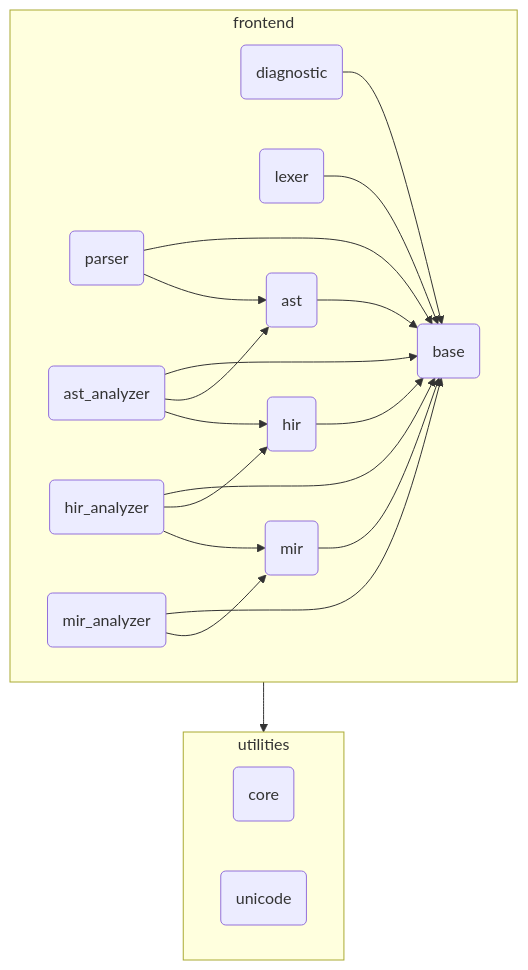
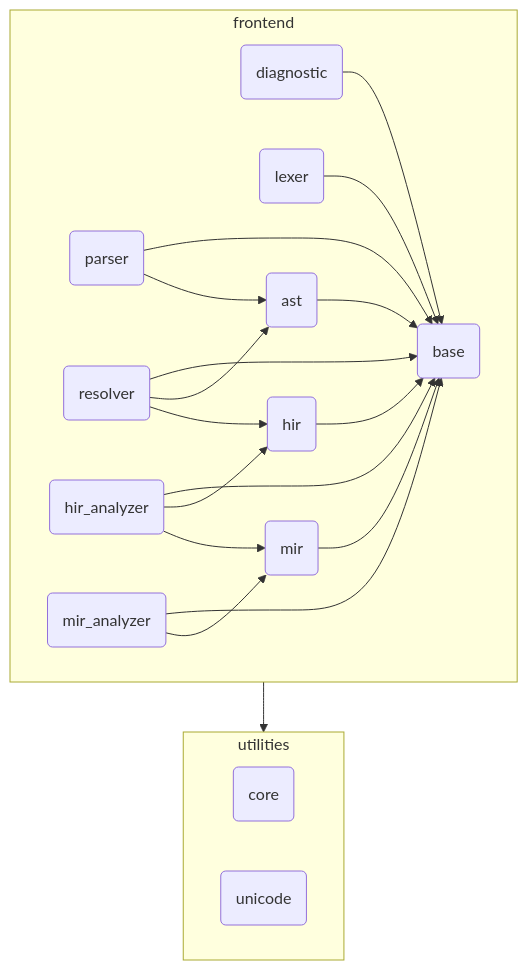
One commit to pugur523/redy changed the second of 2 diagrams in src/frontend/README.md. Above: the diagram before and after it, drawn with Mermaid. The commit also changed 2 other files, not shown here.

Commit message:
refactor: rename ast_analyzer to resolver

````diff
--- a/src/frontend/README.md
+++ b/src/frontend/README.md
@@ -70,32 +70,32 @@
 ```mermaid
 graph TD
 
 subgraph utilities
     B(core)
     C(unicode)
 end
 
 subgraph frontend
     D(base)
     E(diagnostic)     --> D
     F(lexer)          --> D
     G(parser)         --> D
-    H(ast_analyzer)   --> D
+    H(resolver)   --> D
     I(hir_analyzer)   --> D
     J(mir_analyzer)   --> D
 
     K(ast)            --> D
     L(hir)            --> D
     M(mir)            --> D
 
 
     G --> K
     H --> K
     H --> L
     I --> L
     I --> M
     J --> M
 end
 
 frontend --> utilities
 ```
````
